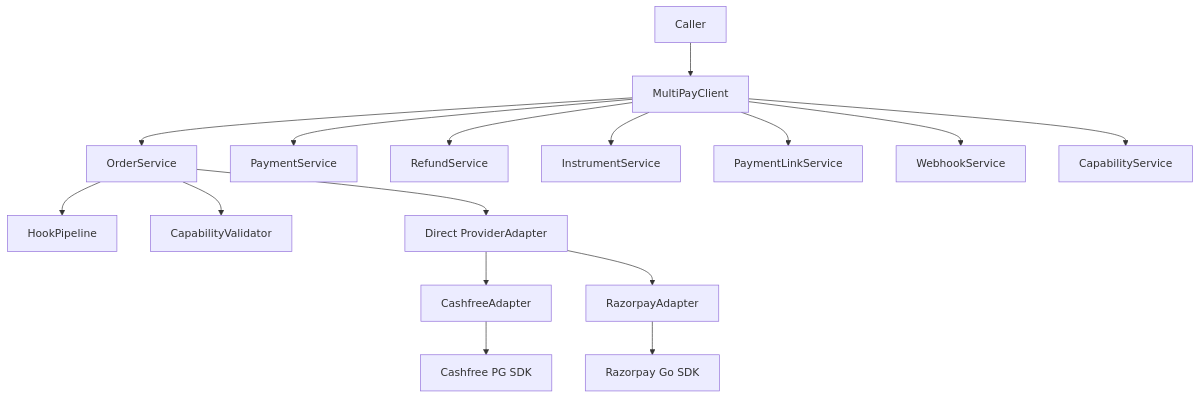
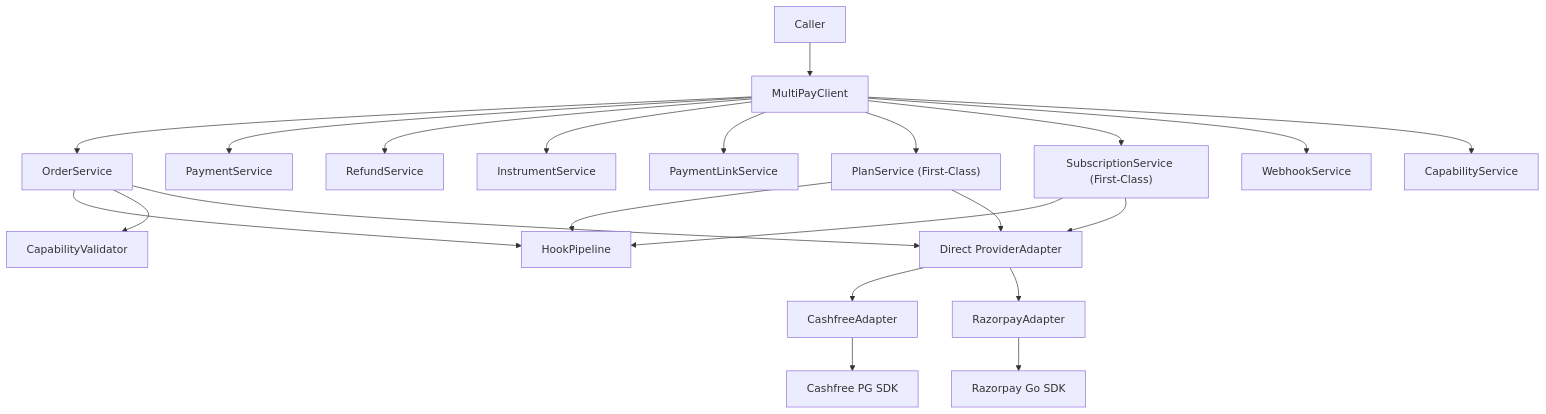
The first of 5 diagrams in DESIGN.md (Bytonomics/multipay-india), drawn with Mermaid before and after one commit. The commit also changed other lines of this file and 50 other files, not shown here.

````diff
--- a/DESIGN.md
+++ b/DESIGN.md
@@ -7,21 +7,29 @@
 ```mermaid
 graph TD
     Caller --> MultiPayClient
     MultiPayClient --> OrderService
     MultiPayClient --> PaymentService
     MultiPayClient --> RefundService
     MultiPayClient --> InstrumentService
     MultiPayClient --> PaymentLinkService
+    MultiPayClient --> PlanService["PlanService (First-Class)"]
+    MultiPayClient --> SubscriptionService["SubscriptionService (First-Class)"]
     MultiPayClient --> WebhookService
     MultiPayClient --> CapabilityService
 
     OrderService --> HookPipeline
     OrderService --> CapabilityValidator
     OrderService --> ProviderAdapter["Direct ProviderAdapter"]
 
+    PlanService --> HookPipeline
+    PlanService --> ProviderAdapter
+
+    SubscriptionService --> HookPipeline
+    SubscriptionService --> ProviderAdapter
+
     ProviderAdapter --> CashfreeAdapter
     ProviderAdapter --> RazorpayAdapter
 
     CashfreeAdapter --> CashfreeSDK["Cashfree PG SDK"]
     RazorpayAdapter --> RazorpaySDK["Razorpay Go SDK"]
 ```
````
